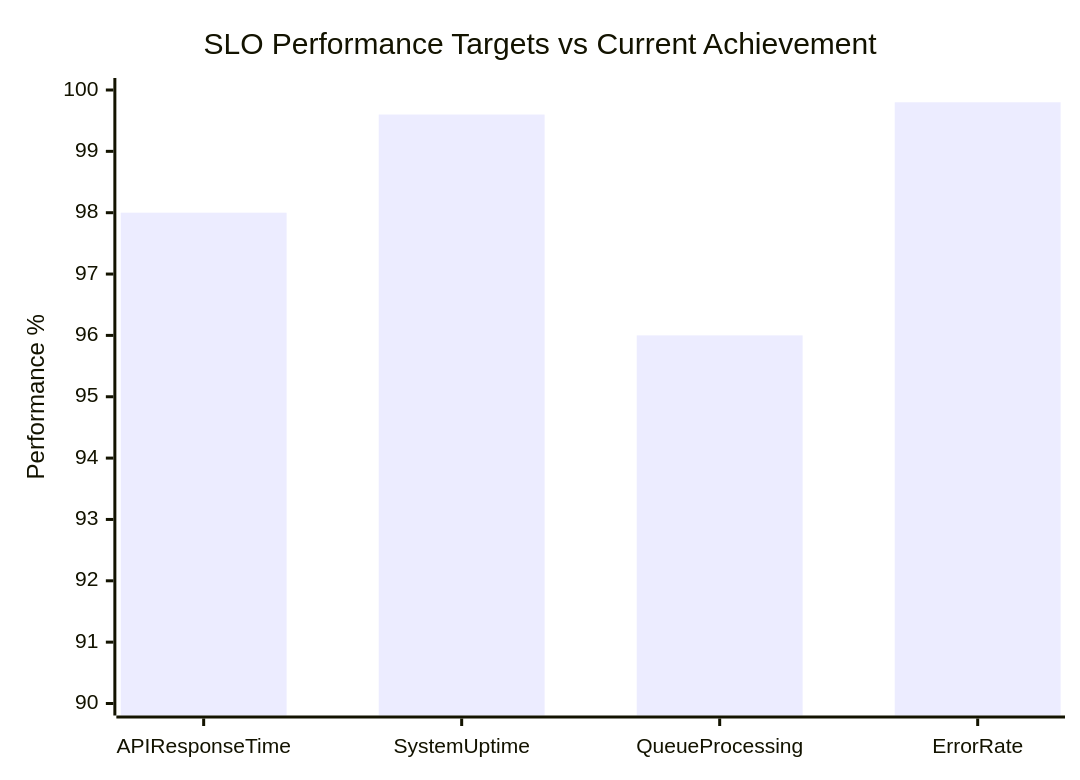
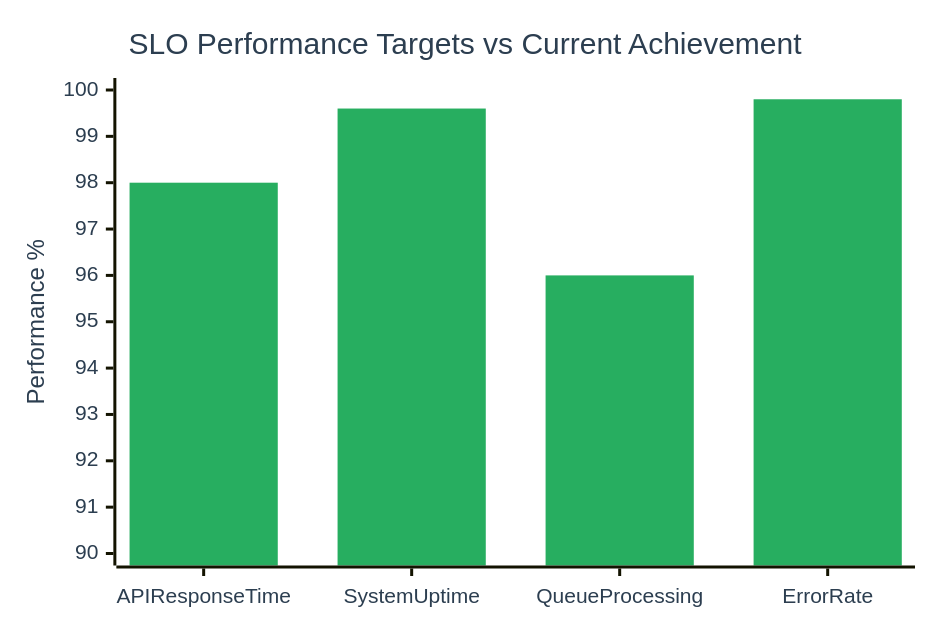
One commit to PriscillaOng12/AI-Code-Review-Squad changed diagram 15 of 20 in README.md. Above: the diagram before and after it, drawn with Mermaid. The commit also changed other lines of this file, not shown here.

````diff
--- a/README.md
+++ b/README.md
@@ -469,7 +551,8 @@
 ```mermaid
+%%{init: {'xyChart': {'width': 600, 'height': 400}, 'themeVariables': {'xyChart': {'backgroundColor': '#ffffff', 'titleColor': '#2c3e50', 'xAxisTitleColor': '#2c3e50', 'yAxisTitleColor': '#2c3e50', 'xAxisLabelColor': '#2c3e50', 'yAxisLabelColor': '#2c3e50', 'plotColorPalette': '#27ae60, #3498db, #f39c12, #e74c3c'}}}}%%
 xychart-beta
     title "SLO Performance Targets vs Current Achievement"
     x-axis [API Response Time, System Uptime, Queue Processing, Error Rate]
     y-axis "Performance %" 90 --> 100
     bar [98, 99.6, 96, 99.8]
 ```
````
